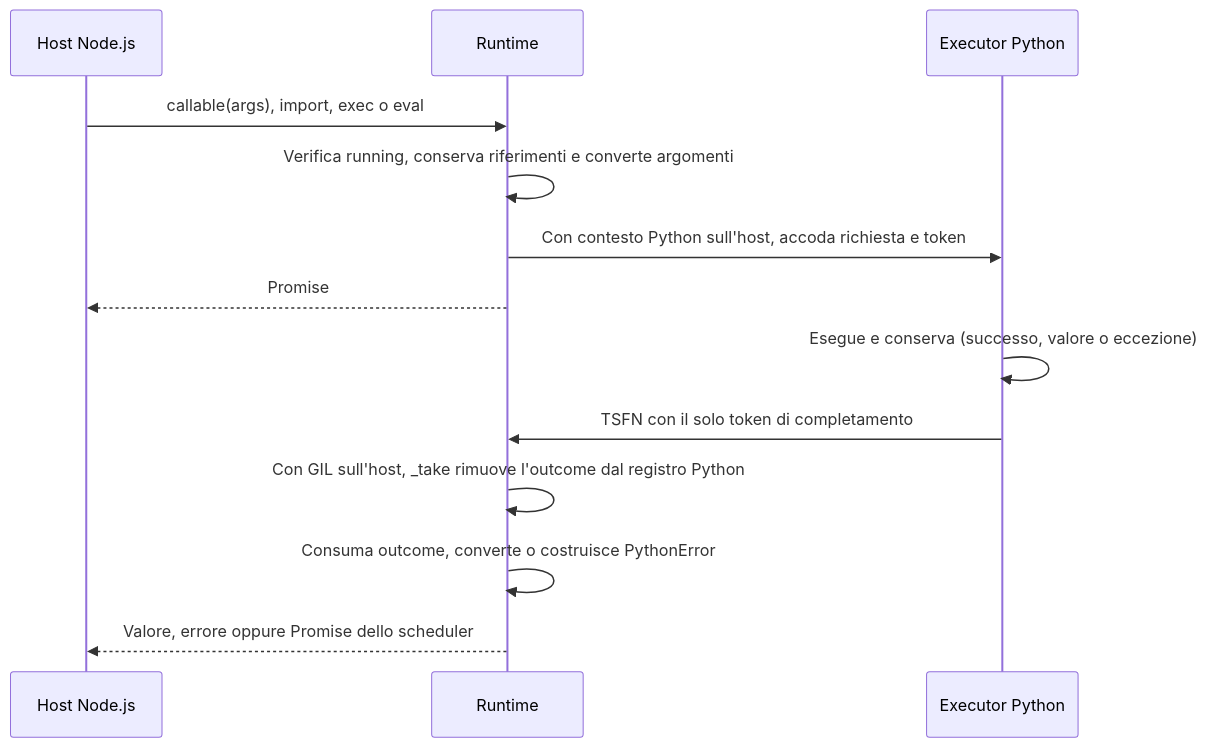
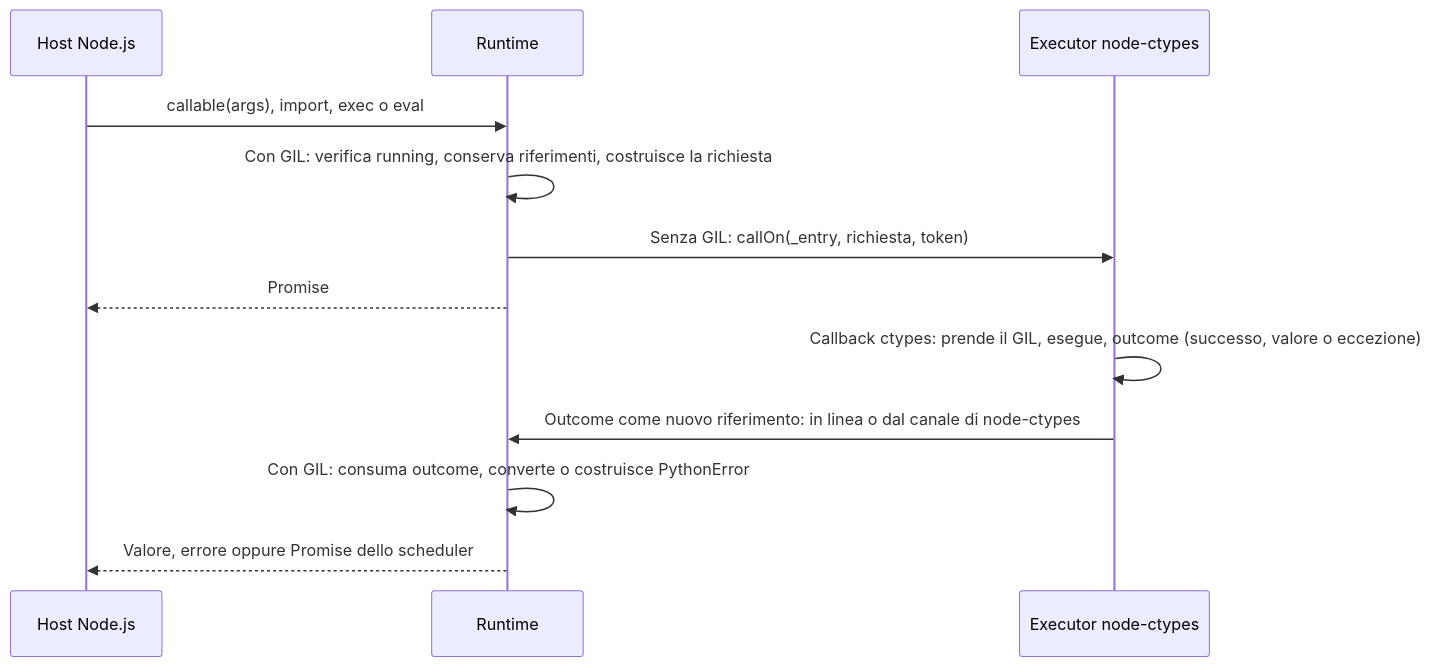
One commit to dmazzella/node-python changed the third of 8 diagrams in FLOWS.md. Above: the diagram before and after it, drawn with Mermaid. The commit also changed other lines of this file and 14 other files, not shown here.

First line of the commit message:
Release 0.2.0: requests on a node-ctypes Executor, output to the console

````diff
--- a/FLOWS.md
+++ b/FLOWS.md
@@ -186,15 +188,14 @@
 ```mermaid
 sequenceDiagram
     participant JS as Host Node.js
     participant RT as Runtime
-    participant EX as Executor Python
+    participant EX as Executor node-ctypes
     JS->>RT: callable(args), import, exec o eval
-    RT->>RT: Verifica running, conserva riferimenti e converte argomenti
-    RT->>EX: Con contesto Python sull'host, accoda richiesta e token
+    RT->>RT: Con GIL: verifica running, conserva riferimenti, costruisce la richiesta
+    RT->>EX: Senza GIL: callOn(_entry, richiesta, token)
     RT-->>JS: Promise
-    EX->>EX: Esegue e conserva (successo, valore o eccezione)
-    EX->>RT: TSFN con il solo token di completamento
-    RT->>RT: Con GIL sull'host, _take rimuove l'outcome dal registro Python
-    RT->>RT: Consuma outcome, converte o costruisce PythonError
+    EX->>EX: Callback ctypes: prende il GIL, esegue, outcome (successo, valore o eccezione)
+    EX->>RT: Outcome come nuovo riferimento: in linea o dal canale di node-ctypes
+    RT->>RT: Con GIL: consuma outcome, converte o costruisce PythonError
     RT-->>JS: Valore, errore oppure Promise dello scheduler
 ```
````
